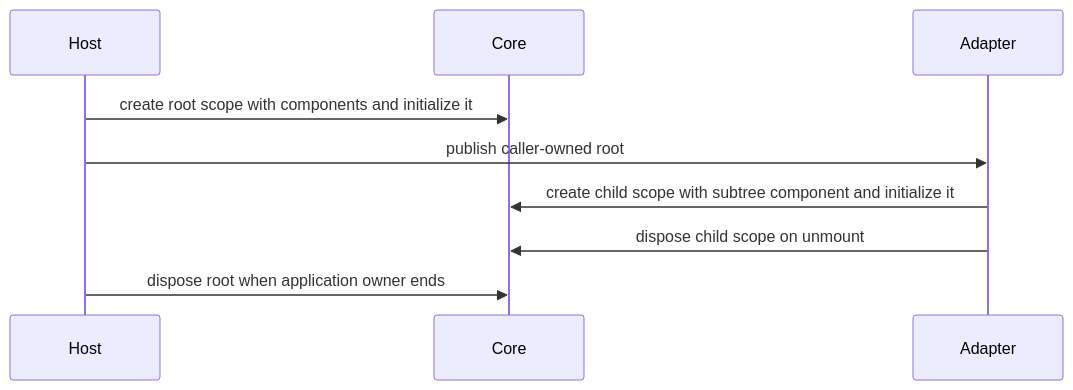
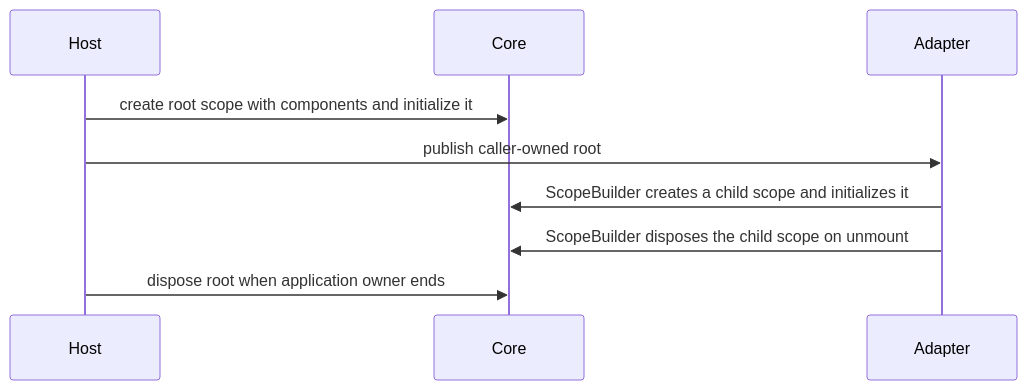
Before and after one commit to dfdgsdfg/fp_di: the second of 3 diagrams in specs/architecture/spec.md, drawn with Mermaid. The commit also changed other lines of this file and 18 other files, not shown here.

First line of the commit message:
Own the scope of a subtree with ScopeBuilder

````diff
--- a/specs/architecture/spec.md
+++ b/specs/architecture/spec.md
@@ -103,11 +103,11 @@
 ```mermaid
 sequenceDiagram
   participant Host
   participant Core
   participant Adapter
   Host->>Core: create root scope with components and initialize it
   Host->>Adapter: publish caller-owned root
-  Adapter->>Core: create child scope with subtree component and initialize it
-  Adapter->>Core: dispose child scope on unmount
+  Adapter->>Core: ScopeBuilder creates a child scope and initializes it
+  Adapter->>Core: ScopeBuilder disposes the child scope on unmount
   Host->>Core: dispose root when application owner ends
 ```
````
